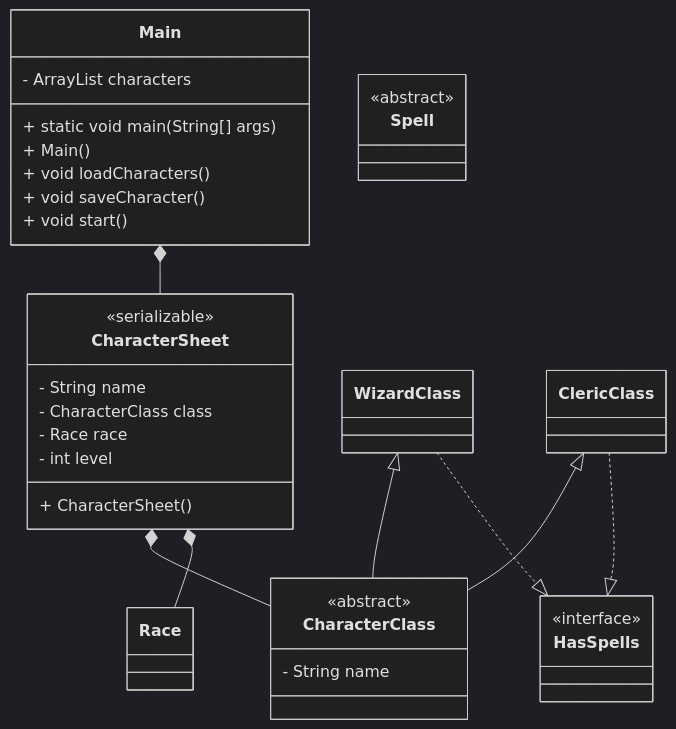
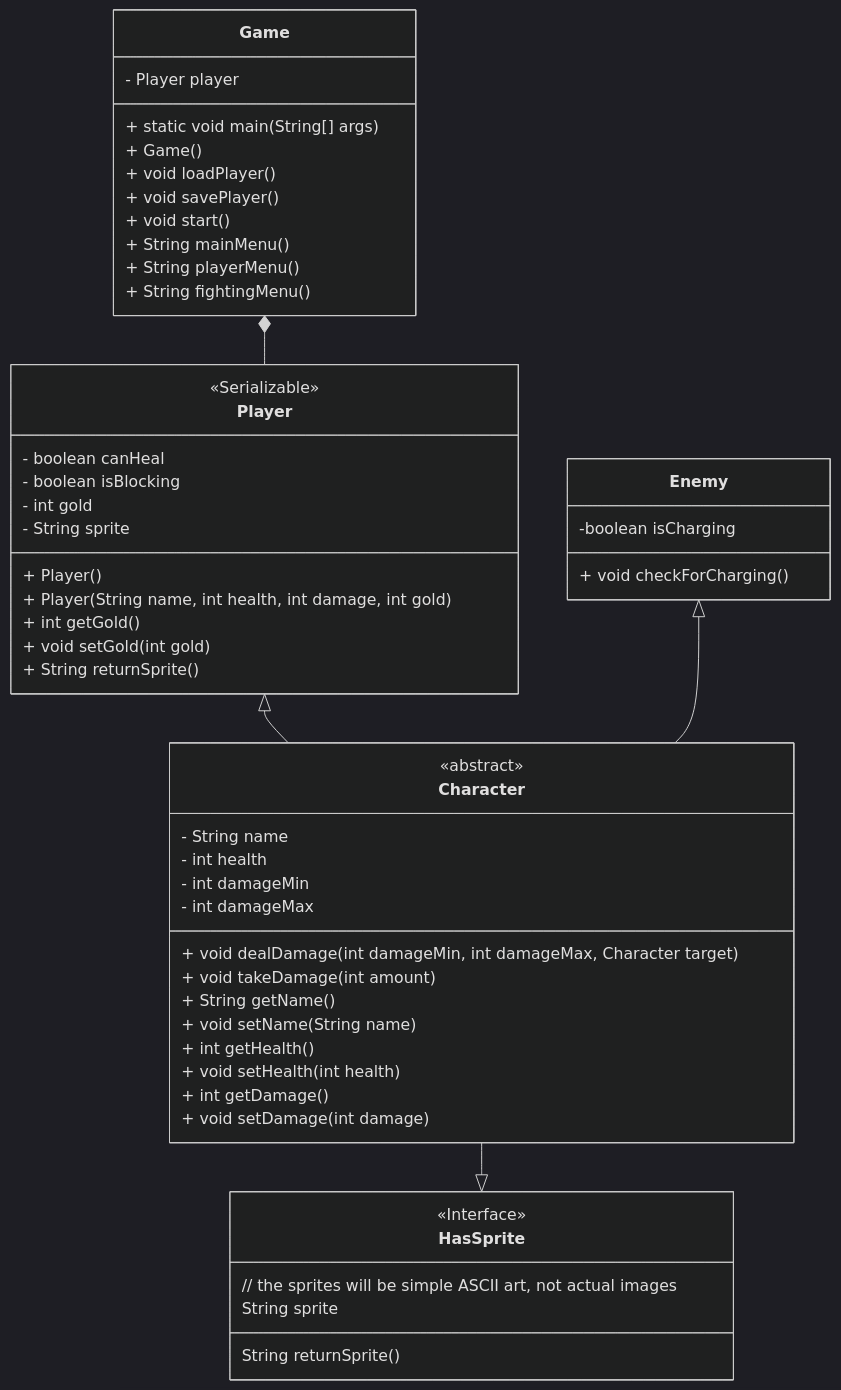
The second of 2 diagrams in README.md (fish-2122/CS121-Final), drawn with Mermaid (dark theme) before and after one commit. The commit also changed other lines of this file and 2 other files, not shown here.

````diff
--- a/README.md
+++ b/README.md
@@ -122,53 +63,56 @@
 ```mermaid
 classDiagram
-    class Main {
-        - ArrayList<CharacterSheet> characters
-        + static void main(String[] args)
-        + Main()
-        + void loadCharacters()
-        + void saveCharacter()
-        + void start()
-    }
+class Game {
+    - Player player
+    + static void main(String[] args)
+    + Game()
+    + void loadPlayer()
+    + void savePlayer()
+    + void start()
+    + String mainMenu()
+    + String playerMenu()
+    + String fightingMenu()
+}
+class Character {
+    <<abstract>>
+    - String name
+    - int health
+    - int damageMin
+    - int damageMax
+    + void dealDamage(int damageMin, int damageMax, Character target)
+    + void takeDamage(int amount)
+    + String getName()
+    + void setName(String name)
+    + int getHealth()
+    + void setHealth(int health)
+    + int getDamage()
+    + void setDamage(int damage)
+}
+class Enemy {
+    -boolean isCharging
+    + void checkForCharging()
+}
+class Player {
+    <<Serializable>>
+    - boolean canHeal
+    - boolean isBlocking
+    - int gold
+    - String sprite
+    + Player()
+    + Player(String name, int health, int damage, int gold)
+    + int getGold()
+    + void setGold(int gold)
+    + String returnSprite()
+}
+class HasSprite {
+    // the sprites will be simple ASCII art, not actual images
+    <<Interface>>
+    String sprite
+    String returnSprite()
+}
 
-    class CharacterSheet{
-        <<serializable>>
-        - String name
-        - CharacterClass class
-        - Race race
-        - int level
-        + CharacterSheet()
-    }
-
-    class CharacterClass {
-        <<abstract>>
-        - String name
-    }
-
-    class WizardClass {
-
-    }
-
-    class ClericClass {
-
-    }
-
-    class Race {
-        
-    }
-
-    class Spell {
-        <<abstract>>
-    }
-
-    class HasSpells {
-        <<interface>>
-    }
-
-    Main *-- CharacterSheet
-    CharacterSheet *-- CharacterClass
-    CharacterSheet *-- Race
-    WizardClass <|-- CharacterClass
-    ClericClass <|-- CharacterClass
-    WizardClass ..|> HasSpells
-    ClericClass ..|> HasSpells
+Player <|-- Character
+Enemy <|-- Character
+Character --|> HasSprite
+Game *-- Player
 ```
````
